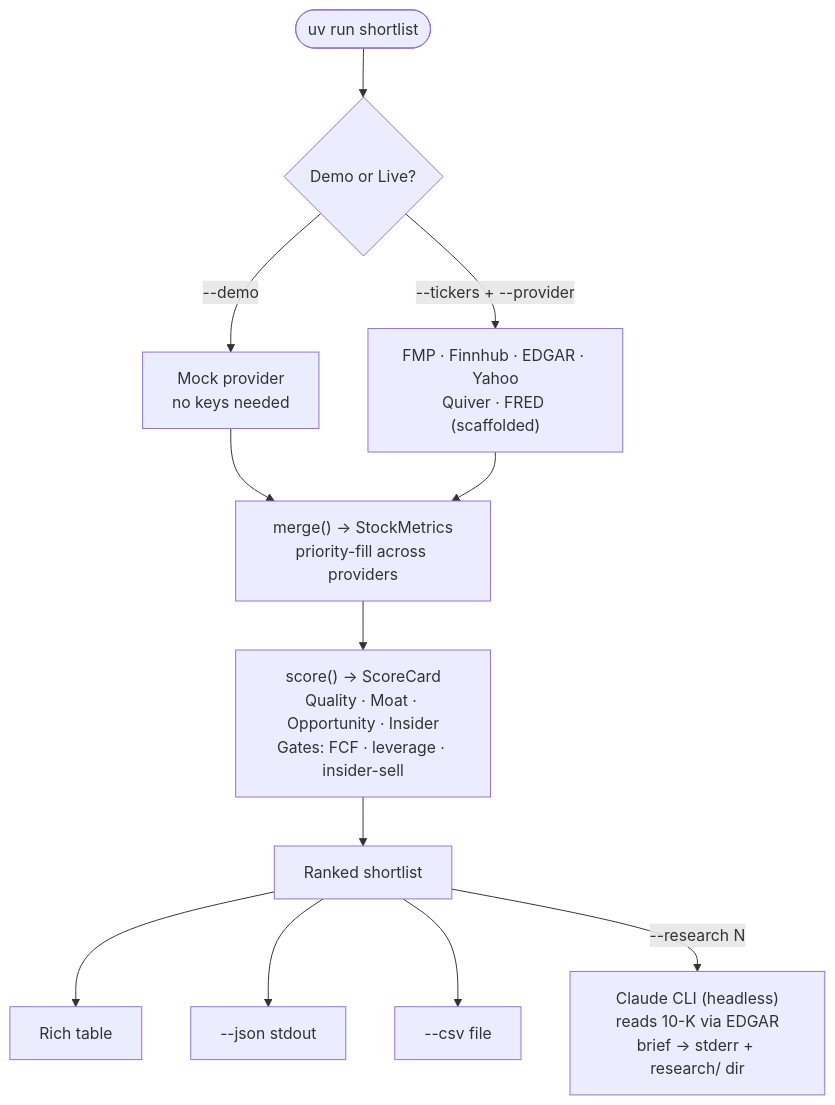
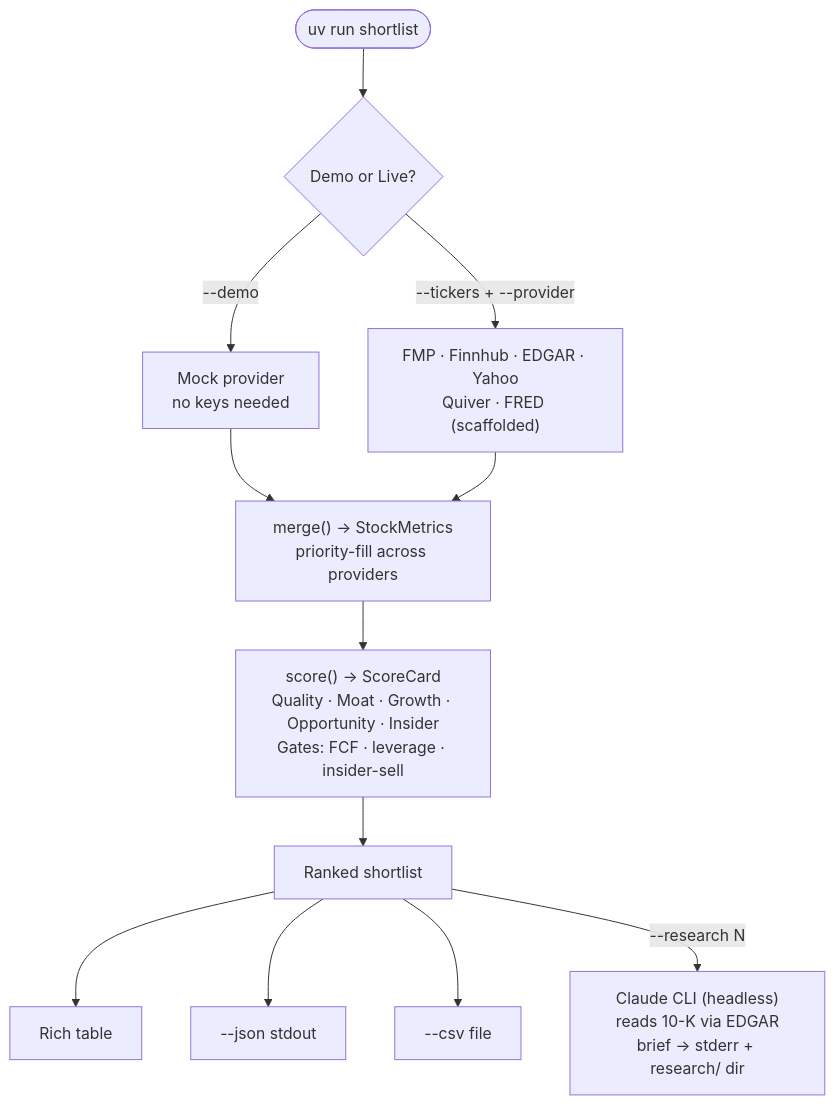
Before and after one commit to christurgeon/shortlist: the first of 2 diagrams in README.md, drawn with Mermaid. The commit also changed other lines of this file and 18 other files, not shown here.

First line of the commit message:
feat: add growth sub-score (6th scoring axis)

````diff
--- a/README.md
+++ b/README.md
@@ -14,21 +14,21 @@
 ```mermaid
 flowchart TD
     A(["uv run shortlist"])
     A --> B{Demo or Live?}
 
     B -->|"--demo"| C["Mock provider\nno keys needed"]
     B -->|"--tickers + --provider"| D["FMP · Finnhub · EDGAR · Yahoo\nQuiver · FRED (scaffolded)"]
 
     C --> E["merge() → StockMetrics\npriority-fill across providers"]
     D --> E
 
-    E --> F["score() → ScoreCard\nQuality · Moat · Opportunity · Insider\nGates: FCF · leverage · insider-sell"]
+    E --> F["score() → ScoreCard\nQuality · Moat · Growth · Opportunity · Insider\nGates: FCF · leverage · insider-sell"]
 
     F --> G[Ranked shortlist]
 
     G --> I[Rich table]
     G --> J["--json stdout"]
     G --> K["--csv file"]
 
     G -->|"--research N"| H["Claude CLI (headless)\nreads 10-K via EDGAR\nbrief → stderr + research/ dir"]
 ```
````
